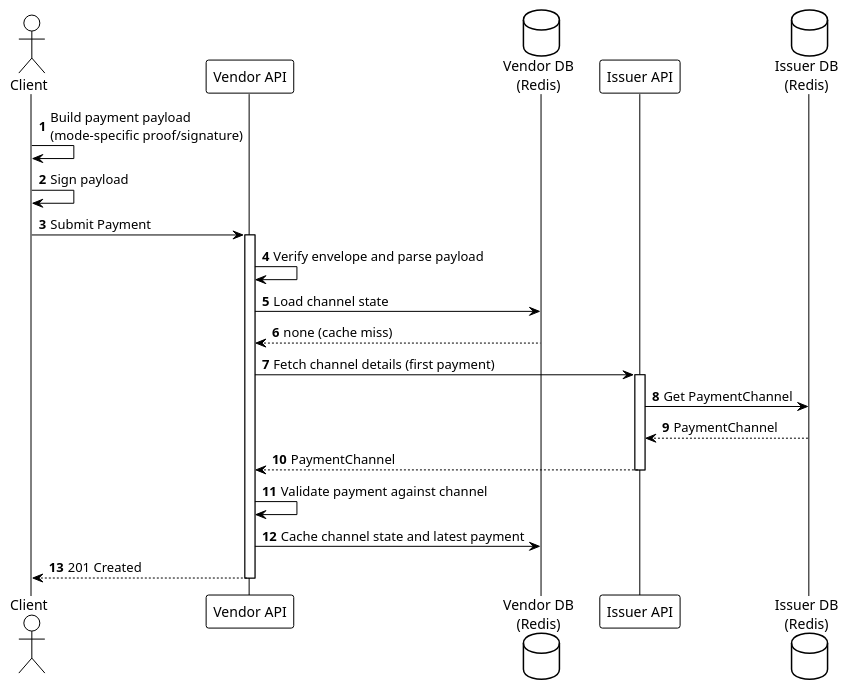
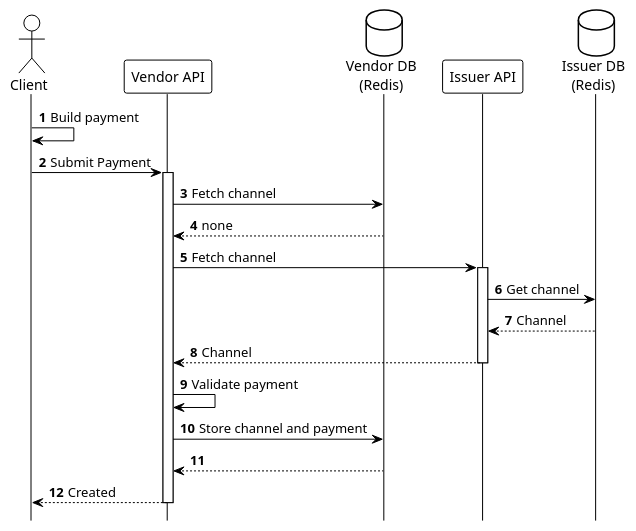
The diagram in umls/phase2a-first-payment.puml (otaviootavio/nanomoni), drawn with PlantUML before and after one commit. The commit also changed 6 other files, not shown here.

First line of the commit message:
Refactor UML diagrams for clarity and consistency

```diff
--- a/umls/phase2a-first-payment.puml
+++ b/umls/phase2a-first-payment.puml
@@ -1,37 +1,37 @@
 @startuml Phase2a_First_Payment
 
 !theme plain
 autonumber
+
+hide footbox
 
 actor "Client" as Client
 participant "Vendor API" as Vendor
 database "Vendor DB\n(Redis)" as VendorDB
 participant "Issuer API" as Issuer
 database "Issuer DB\n(Redis)" as IssuerDB
 
-Client -> Client: Build payment payload\n(mode-specific proof/signature)
-Client -> Client: Sign payload
+Client -> Client: Build payment
 
 Client -> Vendor: Submit Payment
 activate Vendor
 
-Vendor -> Vendor: Verify envelope and parse payload
+Vendor -> VendorDB: Fetch channel
+VendorDB --> Vendor: none
 
-Vendor -> VendorDB: Load channel state
-VendorDB --> Vendor: none (cache miss)
-
-Vendor -> Issuer: Fetch channel details (first payment)
+Vendor -> Issuer: Fetch channel
 activate Issuer
-Issuer -> IssuerDB: Get PaymentChannel
-IssuerDB --> Issuer: PaymentChannel
-Issuer --> Vendor: PaymentChannel
+Issuer -> IssuerDB: Get channel
+IssuerDB --> Issuer: Channel
+Issuer --> Vendor: Channel
 deactivate Issuer
 
-Vendor -> Vendor: Validate payment against channel
+Vendor -> Vendor: Validate payment
 
-Vendor -> VendorDB: Cache channel state and latest payment
+Vendor -> VendorDB: Store channel and payment
+VendorDB --> Vendor: 
 
-Vendor --> Client: 201 Created
+Vendor --> Client: Created
 deactivate Vendor
 
 @enduml
```
